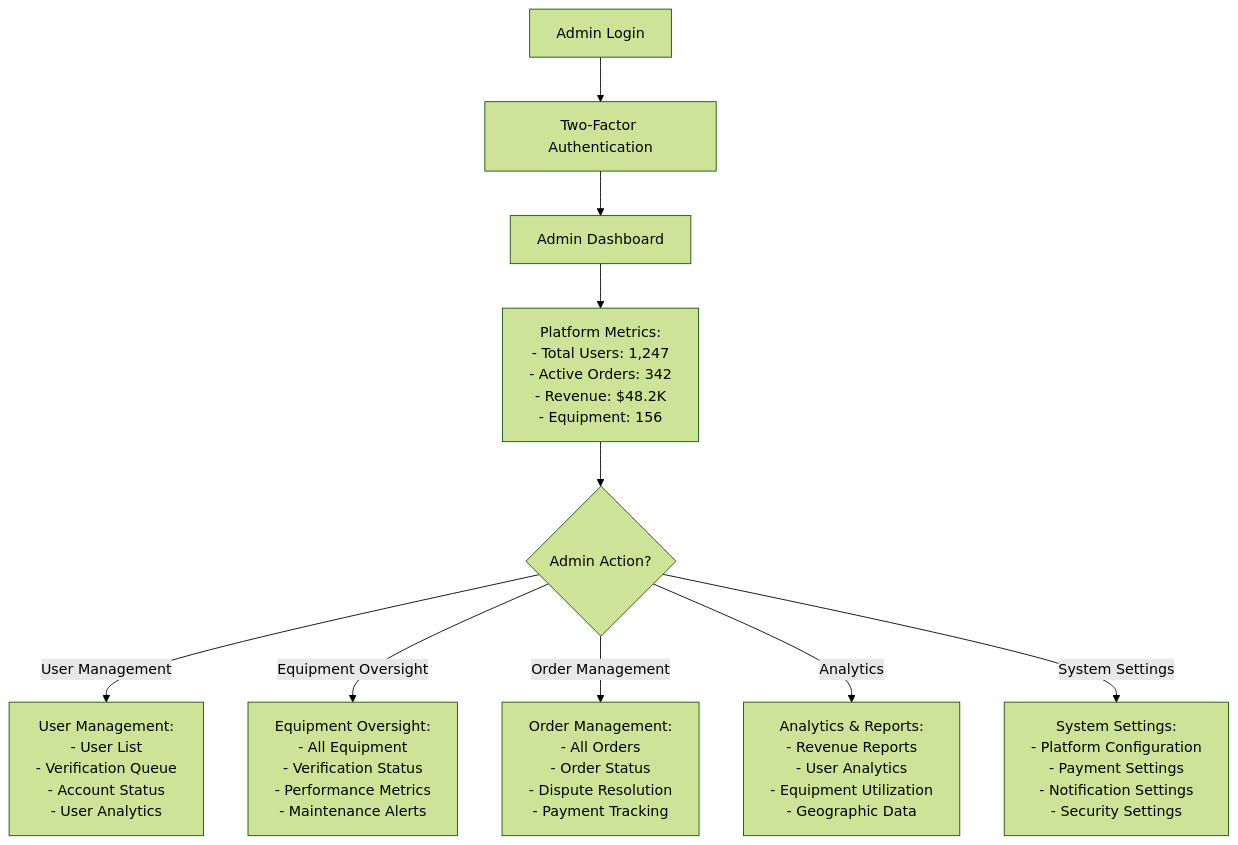
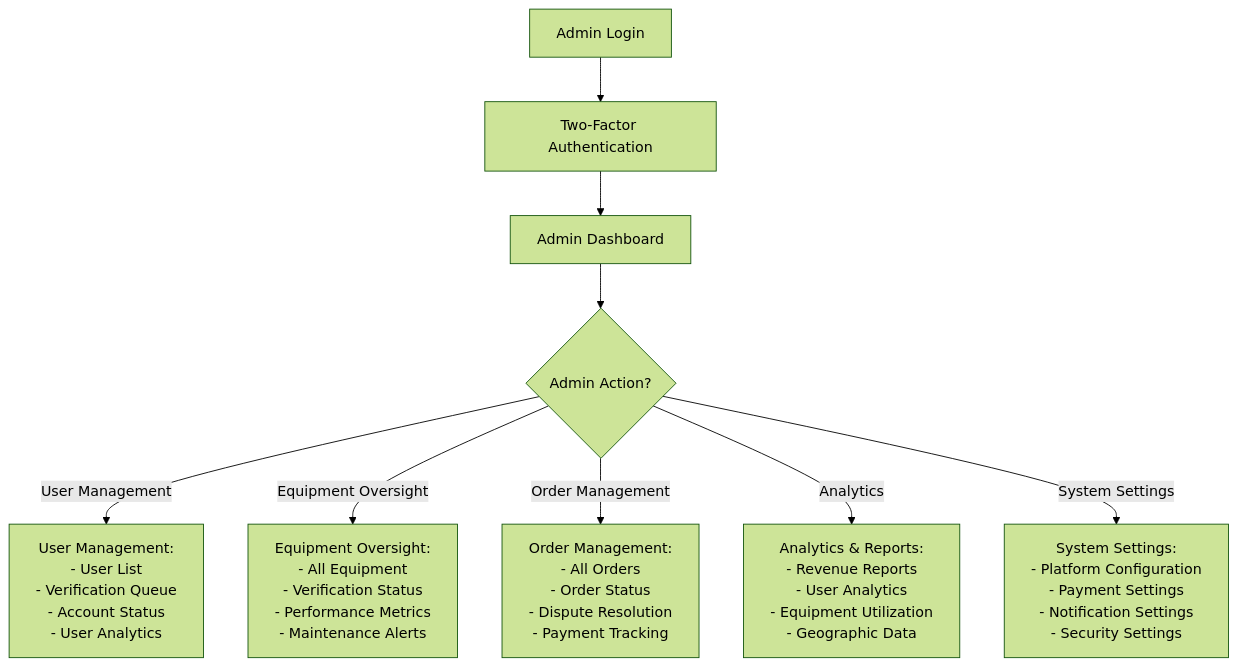
Before and after one commit to engaotb/YARDR: the seventh of 19 diagrams in 04_User_Experience_Flows.md, drawn with Mermaid (forest theme).

Commit message:
Remove Platform Metrics from Admin Dashboard
- Deleted specific metrics numbers (Total Users: 1,247, etc.)
- Simplified Admin Dashboard flow
- Removed hardcoded data from flowchart
- Made documentation more generic and professional

````diff
--- a/04_User_Experience_Flows.md
+++ b/04_User_Experience_Flows.md
@@ -240,19 +240,17 @@
 ```mermaid
 flowchart TD
     AdminLogin[Admin Login] --> TwoFA[Two-Factor Authentication]
     TwoFA --> AdminDashboard[Admin Dashboard]
     
-    AdminDashboard --> AdminMetrics[Platform Metrics:<br/>- Total Users: 1,247<br/>- Active Orders: 342<br/>- Revenue: $48.2K<br/>- Equipment: 156]
-    
-    AdminMetrics --> AdminAction{Admin Action?}
+    AdminDashboard --> AdminAction{Admin Action?}
     
     AdminAction -->|User Management| UserManagement[User Management:<br/>- User List<br/>- Verification Queue<br/>- Account Status<br/>- User Analytics]
     
     AdminAction -->|Equipment Oversight| EquipmentOversight[Equipment Oversight:<br/>- All Equipment<br/>- Verification Status<br/>- Performance Metrics<br/>- Maintenance Alerts]
     
     AdminAction -->|Order Management| OrderManagement[Order Management:<br/>- All Orders<br/>- Order Status<br/>- Dispute Resolution<br/>- Payment Tracking]
     
     AdminAction -->|Analytics| Analytics[Analytics & Reports:<br/>- Revenue Reports<br/>- User Analytics<br/>- Equipment Utilization<br/>- Geographic Data]
     
     AdminAction -->|System Settings| SystemSettings[System Settings:<br/>- Platform Configuration<br/>- Payment Settings<br/>- Notification Settings<br/>- Security Settings]
 ```
````
